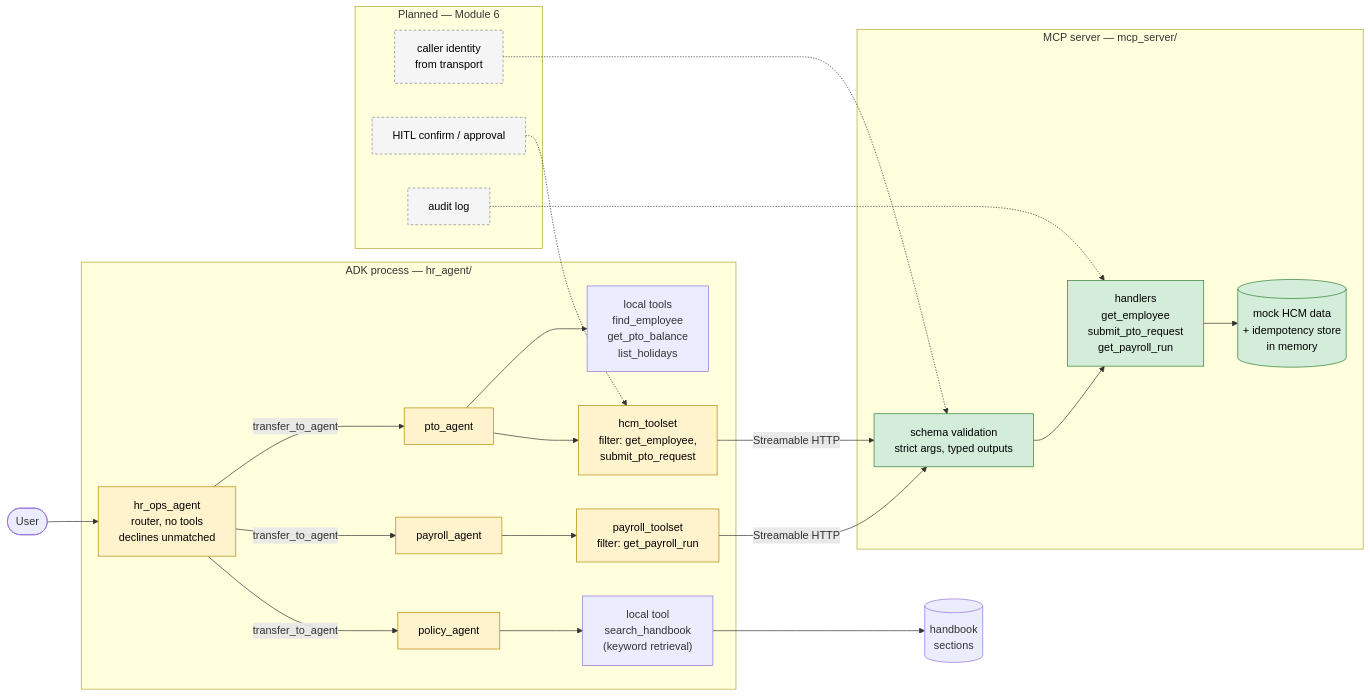
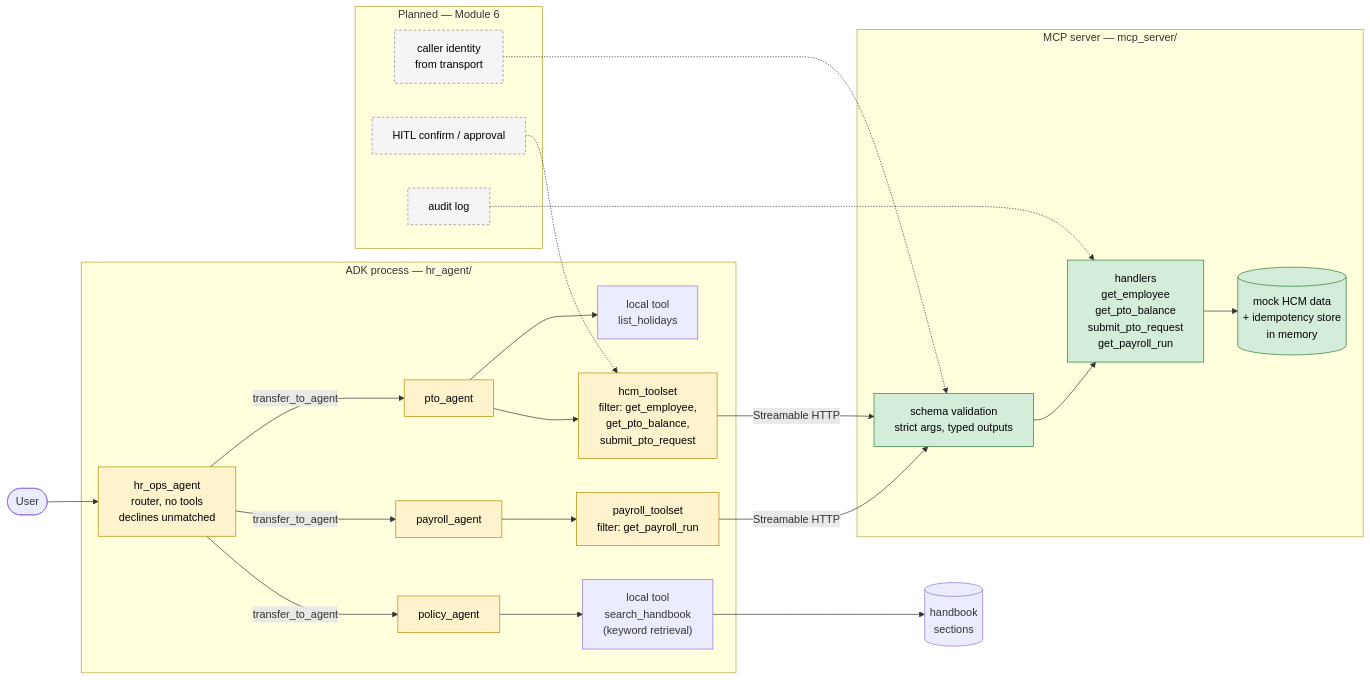
One commit to dharnitski/hr-ops-agent changed the diagram in docs/03-architecture.md. Above: the diagram before and after it, drawn with Mermaid. The commit also changed other lines of this file and 20 other files, not shown here.

First line of the commit message:
Close M6.2: retire get_pto_balance/find_employee, enforce self-only on balance lookups

````diff
--- a/docs/03-architecture.md
+++ b/docs/03-architecture.md
@@ -3,51 +3,51 @@
 ```mermaid
 flowchart LR
     user([User])
 
     subgraph adk["ADK process — hr_agent/"]
         router["hr_ops_agent<br/>router, no tools<br/>declines unmatched"]
         pto["pto_agent"]
         payroll["payroll_agent"]
         policy["policy_agent"]
-        local_pto["local tools<br/>find_employee<br/>get_pto_balance<br/>list_holidays"]
+        local_pto["local tool<br/>list_holidays"]
         local_pol["local tool<br/>search_handbook<br/>(keyword retrieval)"]
-        ts_hcm["hcm_toolset<br/>filter: get_employee,<br/>submit_pto_request"]
+        ts_hcm["hcm_toolset<br/>filter: get_employee,<br/>get_pto_balance,<br/>submit_pto_request"]
         ts_pay["payroll_toolset<br/>filter: get_payroll_run"]
     end
 
     subgraph mcp["MCP server — mcp_server/"]
         schema["schema validation<br/>strict args, typed outputs"]
-        handlers["handlers<br/>get_employee<br/>submit_pto_request<br/>get_payroll_run"]
+        handlers["handlers<br/>get_employee<br/>get_pto_balance<br/>submit_pto_request<br/>get_payroll_run"]
         store[("mock HCM data<br/>+ idempotency store<br/>in memory")]
     end
 
     handbook[("handbook<br/>sections")]
 
     user --> router
     router -- transfer_to_agent --> pto
     router -- transfer_to_agent --> payroll
     router -- transfer_to_agent --> policy
     pto --> local_pto
     pto --> ts_hcm
     payroll --> ts_pay
     policy --> local_pol --> handbook
     ts_hcm -- "Streamable HTTP" --> schema
     ts_pay -- "Streamable HTTP" --> schema
     schema --> handlers --> store
 
     subgraph planned["Planned — Module 6"]
         identity["caller identity<br/>from transport"]
         hitl["HITL confirm / approval"]
         audit["audit log"]
     end
     identity -.-> schema
     hitl -.-> ts_hcm
     audit -.-> handlers
 
     classDef soft fill:#fff3cd,stroke:#b58900,color:#000
     classDef hard fill:#d4edda,stroke:#2e7d32,color:#000
     classDef plan fill:#f5f5f5,stroke:#888,stroke-dasharray: 4 3,color:#000
     class router,pto,payroll,policy,ts_hcm,ts_pay soft
     class schema,handlers,store hard
     class identity,hitl,audit plan
 ```
````
